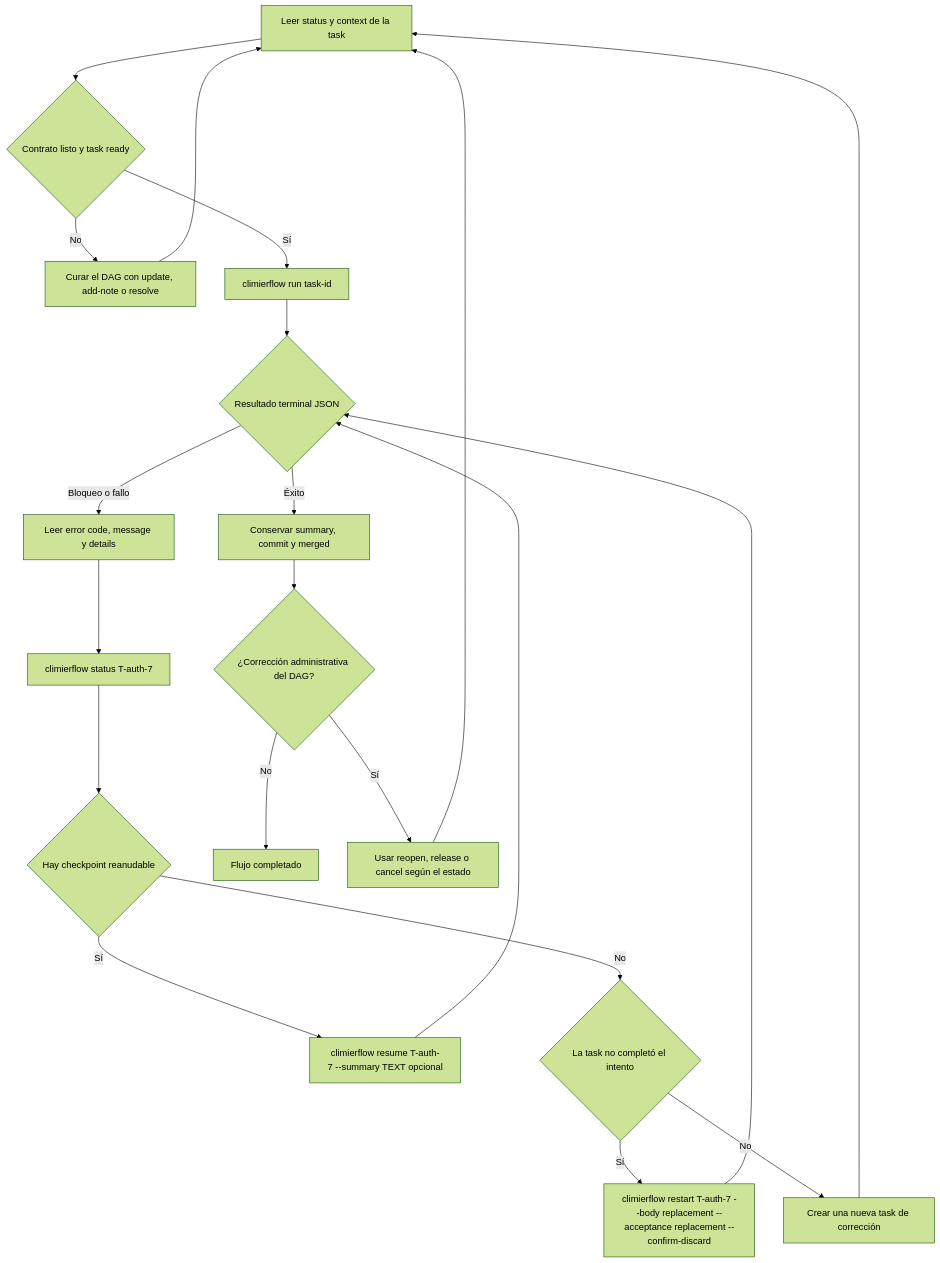
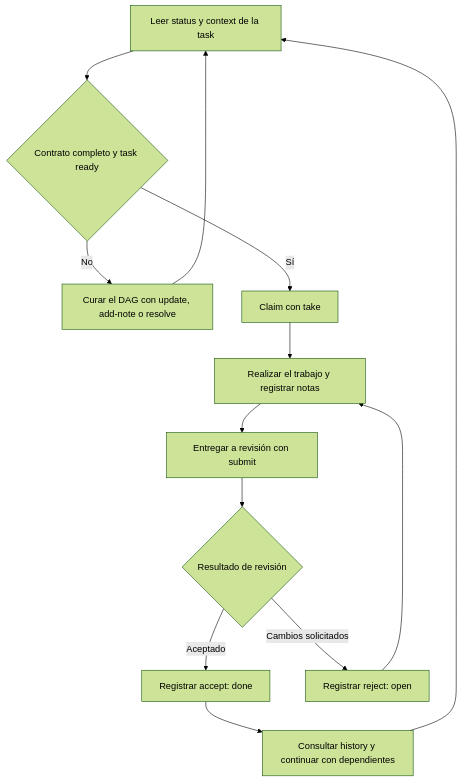
The diagram in docs/agent-execution-flow.md (codefensory/climier), drawn with Mermaid (forest theme) before and after one commit. The commit also changed other lines of this file and 9 other files, not shown here.

````diff
--- a/docs/agent-execution-flow.md
+++ b/docs/agent-execution-flow.md
@@ -7,25 +5,15 @@
 ```mermaid
 graph TD
-    A[Leer status y context de la task] --> B{Contrato listo y task ready}
+    A[Leer status y context de la task] --> B{Contrato completo y task ready}
     B -->|No| C[Curar el DAG con update, add-note o resolve]
     C --> A
-    B -->|Sí| D[climierflow run task-id]
-    D --> E{Resultado terminal JSON}
-
-    E -->|Éxito| F[Conservar summary, commit y merged]
-    E -->|Bloqueo o fallo| G[Leer error code, message y details]
-    G --> H[climierflow status T-auth-7]
-    H --> I{Hay checkpoint reanudable}
-    I -->|Sí| J[climierflow resume T-auth-7 --summary TEXT opcional]
-    I -->|No| K{La task no completó el intento}
-    K -->|Sí| L[climierflow restart T-auth-7 --body replacement --acceptance replacement --confirm-discard]
-    K -->|No| M[Crear una nueva task de corrección]
-    J --> E
-    L --> E
-    M --> A
-
-    F --> N{¿Corrección administrativa del DAG?}
-    N -->|No| O[Flujo completado]
-    N -->|Sí| P[Usar reopen, release o cancel según el estado]
-    P --> A
+    B -->|Sí| D[Claim con take]
+    D --> E[Realizar el trabajo y registrar notas]
+    E --> F[Entregar a revisión con submit]
+    F --> G{Resultado de revisión}
+    G -->|Aceptado| H[Registrar accept: done]
+    G -->|Cambios solicitados| I[Registrar reject: open]
+    I --> E
+    H --> J[Consultar history y continuar con dependientes]
+    J --> A
 ```
````
